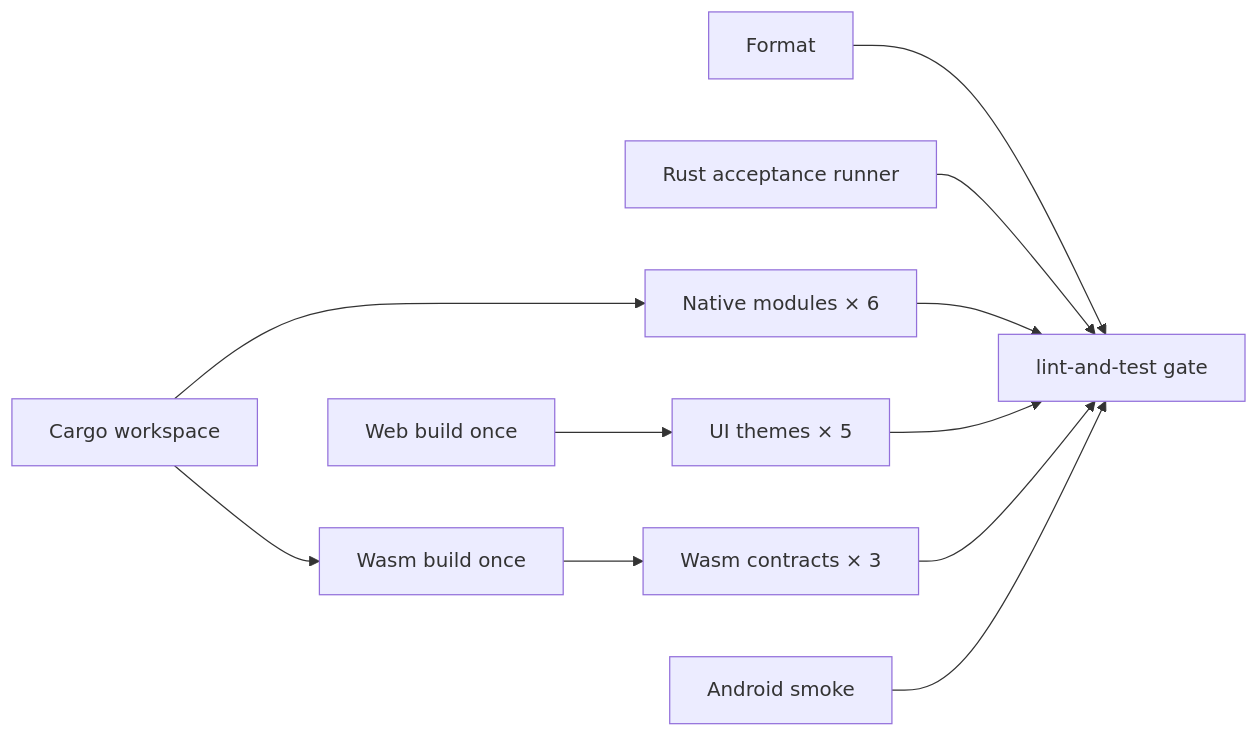
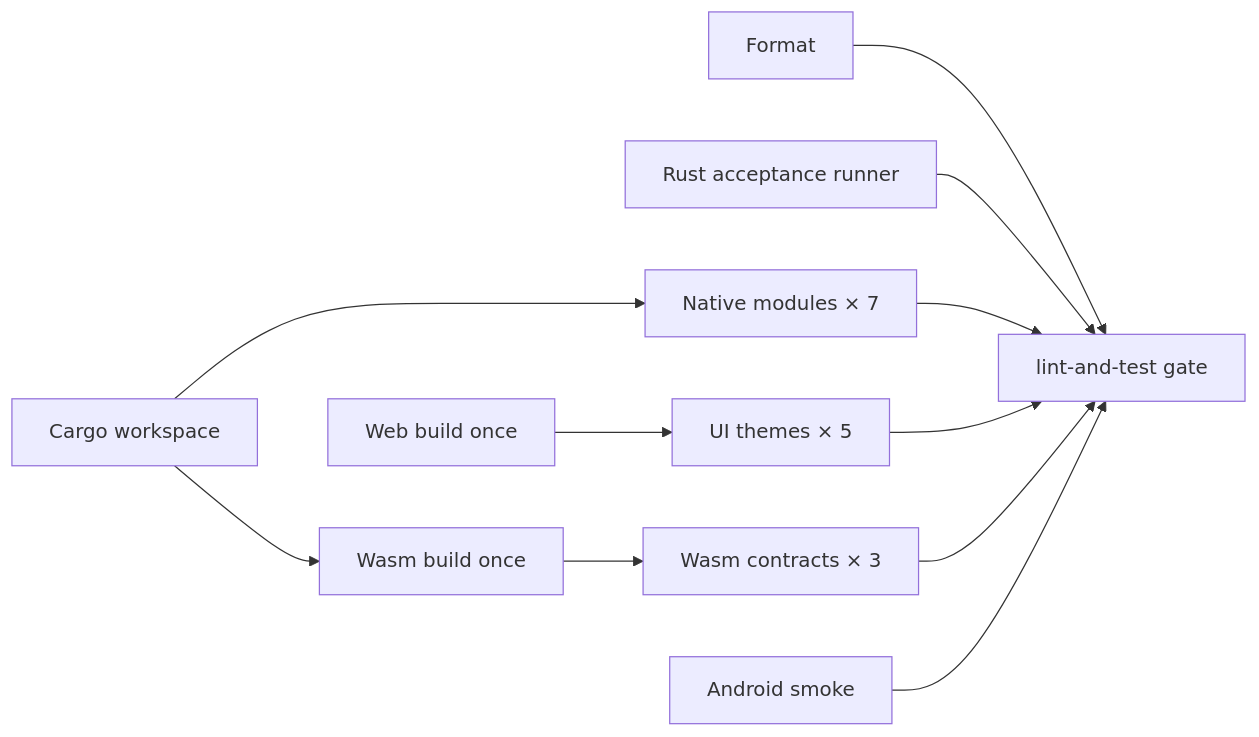
One commit to Develata/RSS-Reader changed the diagram in docs/testing/mainline-validation-matrix.md. Above: the diagram before and after it, drawn with Mermaid. The commit also changed other lines of this file and 37 other files, not shown here.

````diff
--- a/docs/testing/mainline-validation-matrix.md
+++ b/docs/testing/mainline-validation-matrix.md
@@ -48,13 +47,13 @@
 ```mermaid
 flowchart LR
-  W[Cargo workspace] --> N[Native modules × 6]
+  W[Cargo workspace] --> N[Native modules × 7]
   B[Web build once] --> U[UI themes × 5]
   F[Format] --> G[lint-and-test gate]
   T[Rust acceptance runner] --> G
   N --> G
   U --> G
   W --> CB[Wasm build once]
   CB --> C[Wasm contracts × 3]
   C --> G
   A[Android smoke] --> G
 ```
````
